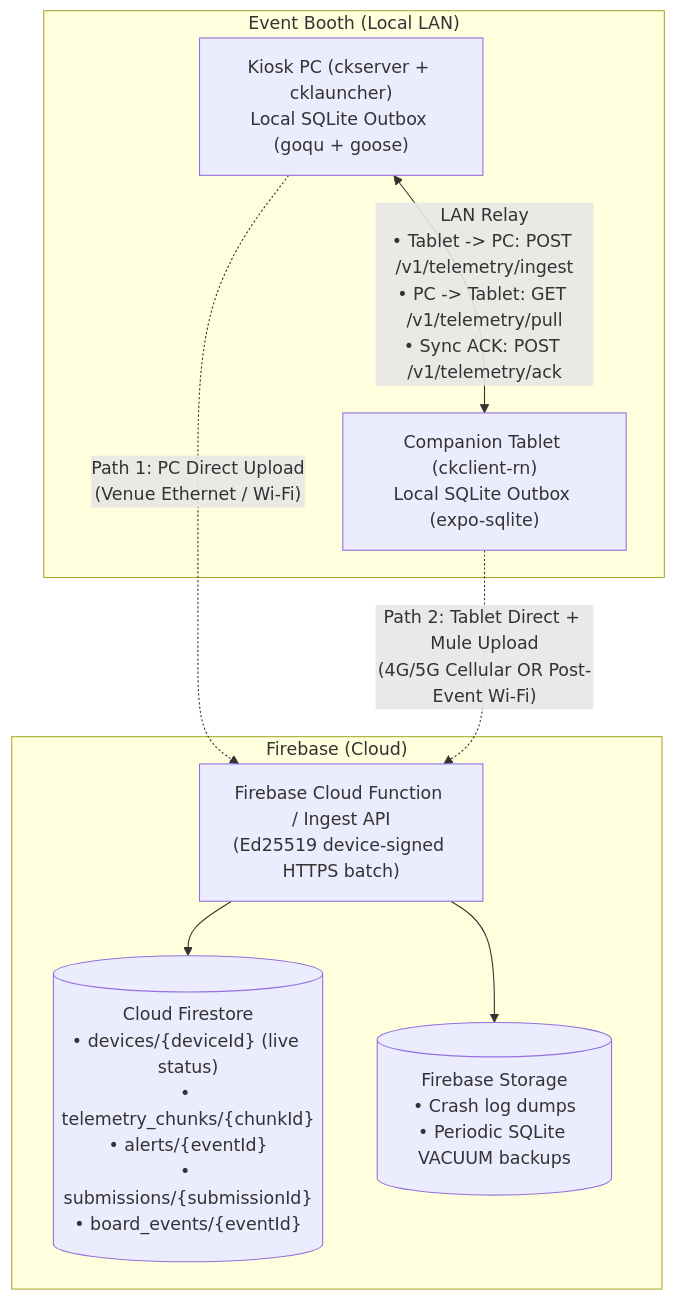
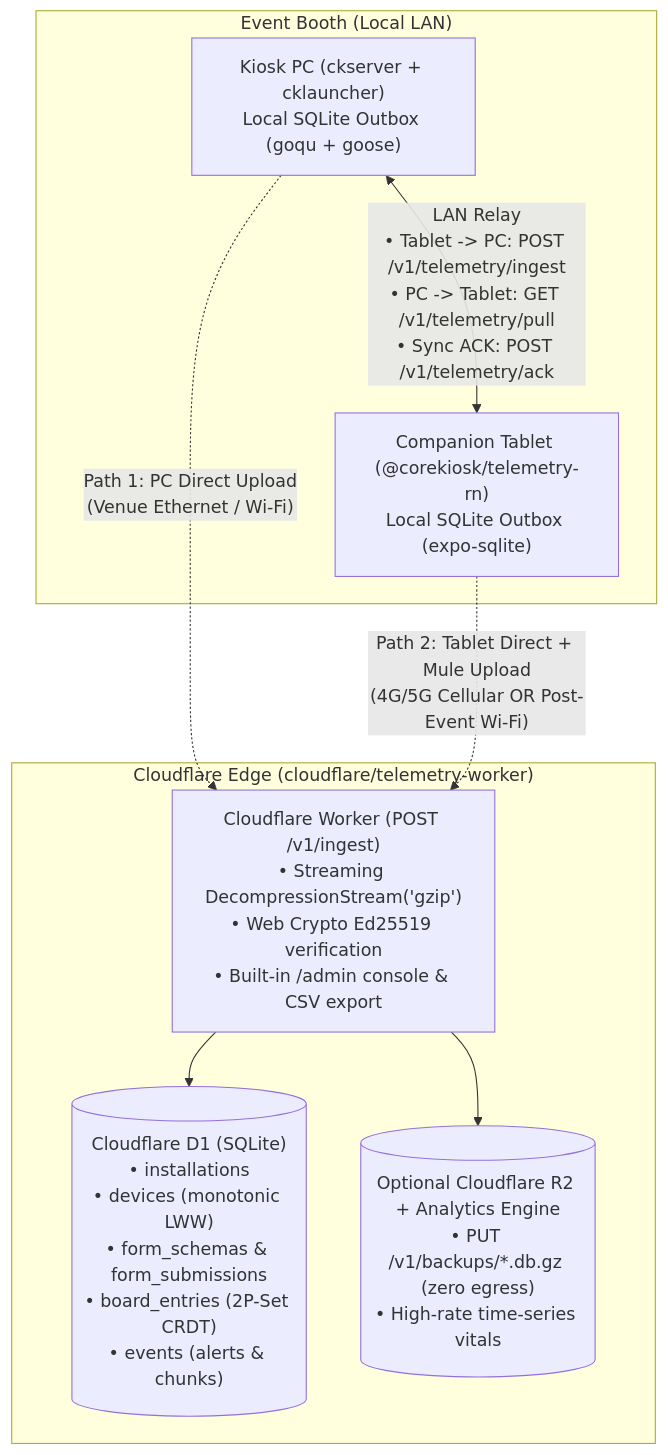
The first of 2 diagrams in TELEMETRY.md (GecEnterprises/corekiosk), drawn with Mermaid before and after one commit. The commit also changed other lines of this file and 31 other files, not shown here.

Commit message:
feat(telemetry): replace Firebase with Cloudflare Worker + D1 and add cklauncher telemetry config/test UI (v0.2.2)

````diff
--- a/TELEMETRY.md
+++ b/TELEMETRY.md
@@ -11,19 +11,19 @@
 ```mermaid
 flowchart TB
     subgraph Booth["Event Booth (Local LAN)"]
         PC["Kiosk PC (ckserver + cklauncher)\nLocal SQLite Outbox (goqu + goose)"]
-        Tab["Companion Tablet (ckclient-rn)\nLocal SQLite Outbox (expo-sqlite)"]
+        Tab["Companion Tablet (@corekiosk/telemetry-rn)\nLocal SQLite Outbox (expo-sqlite)"]
         PC <-- "LAN Relay\n• Tablet -> PC: POST /v1/telemetry/ingest\n• PC -> Tablet: GET /v1/telemetry/pull\n• Sync ACK: POST /v1/telemetry/ack" --> Tab
     end
 
-    subgraph Cloud["Firebase (Cloud)"]
-        Ingest["Firebase Cloud Function / Ingest API\n(Ed25519 device-signed HTTPS batch)"]
-        FS[("Cloud Firestore\n• devices/{deviceId} (live status)\n• telemetry_chunks/{chunkId}\n• alerts/{eventId}\n• submissions/{submissionId}\n• board_events/{eventId}")]
-        ST[("Firebase Storage\n• Crash log dumps\n• Periodic SQLite VACUUM backups")]
-        Ingest --> FS
-        Ingest --> ST
+    subgraph Cloud["Cloudflare Edge (cloudflare/telemetry-worker)"]
+        Ingest["Cloudflare Worker (POST /v1/ingest)\n• Streaming DecompressionStream('gzip')\n• Web Crypto Ed25519 verification\n• Built-in /admin console & CSV export"]
+        D1[("Cloudflare D1 (SQLite)\n• installations\n• devices (monotonic LWW)\n• form_schemas & form_submissions\n• board_entries (2P-Set CRDT)\n• events (alerts & chunks)")]
+        R2[("Optional Cloudflare R2 + Analytics Engine\n• PUT /v1/backups/*.db.gz (zero egress)\n• High-rate time-series vitals")]
+        Ingest --> D1
+        Ingest --> R2
     end
 
     PC -. "Path 1: PC Direct Upload\n(Venue Ethernet / Wi-Fi)" .-> Ingest
     Tab -. "Path 2: Tablet Direct + Mule Upload\n(4G/5G Cellular OR Post-Event Wi-Fi)" .-> Ingest
 ```
````
